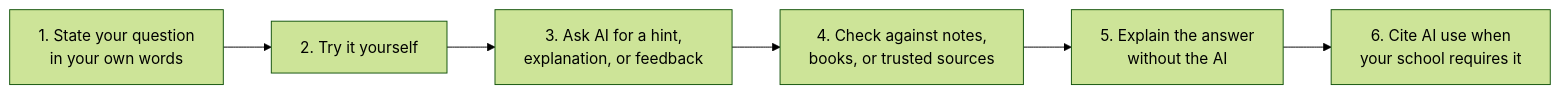
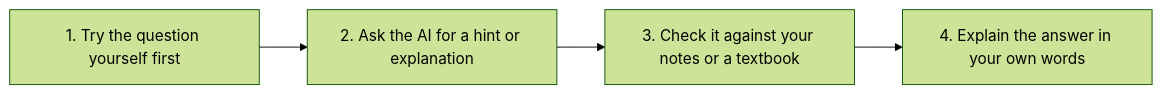
Before and after one commit to DevBuildStudio/mastering-ai-course: the tenth of 11 diagrams in course1/week1-llm-foundations.md, drawn with Mermaid (forest theme). The commit also changed other lines of this file and 2 other files, not shown here.

````diff
--- a/course1/week1-llm-foundations.md
+++ b/course1/week1-llm-foundations.md
@@ -377,8 +234,6 @@
 ```mermaid
 flowchart LR
-    Q["1. State your question<br/>in your own words"] --> TRY["2. Try it yourself"]
-    TRY --> ASK["3. Ask AI for a hint,<br/>explanation, or feedback"]
-    ASK --> CHECK["4. Check against notes,<br/>books, or trusted sources"]
-    CHECK --> EXPLAIN["5. Explain the answer<br/>without the AI"]
-    EXPLAIN --> CITE["6. Cite AI use when<br/>your school requires it"]
+    Q["1. Try the question yourself first"] --> A["2. Ask the AI for a hint or explanation"]
+    A --> C["3. Check it against your notes or a textbook"]
+    C --> E["4. Explain the answer in your own words"]
 ```
````
